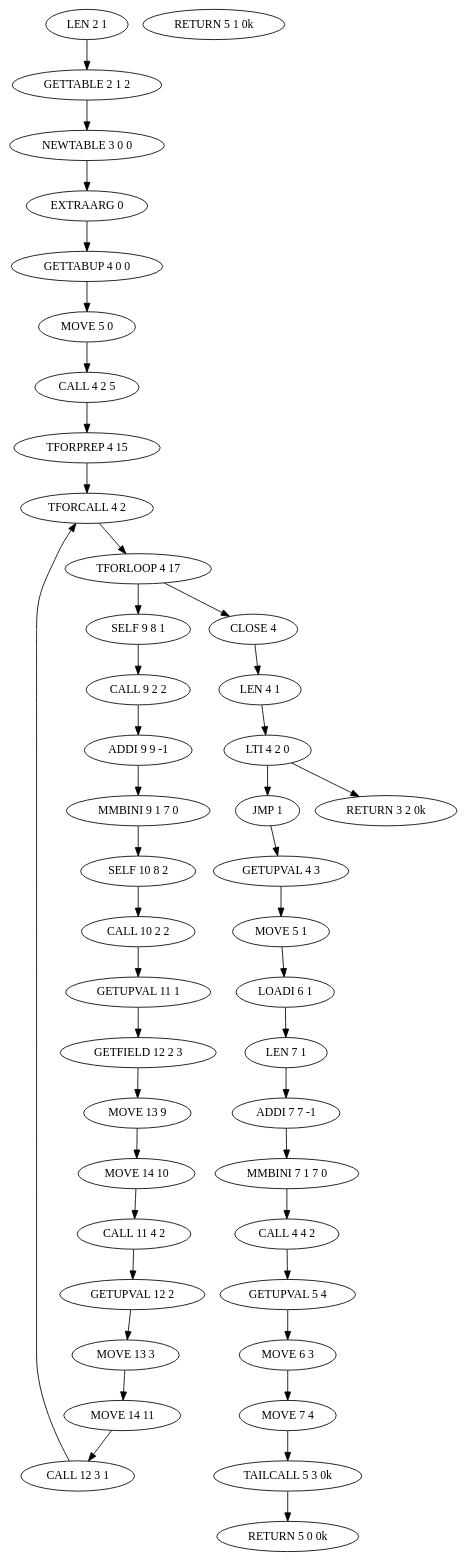
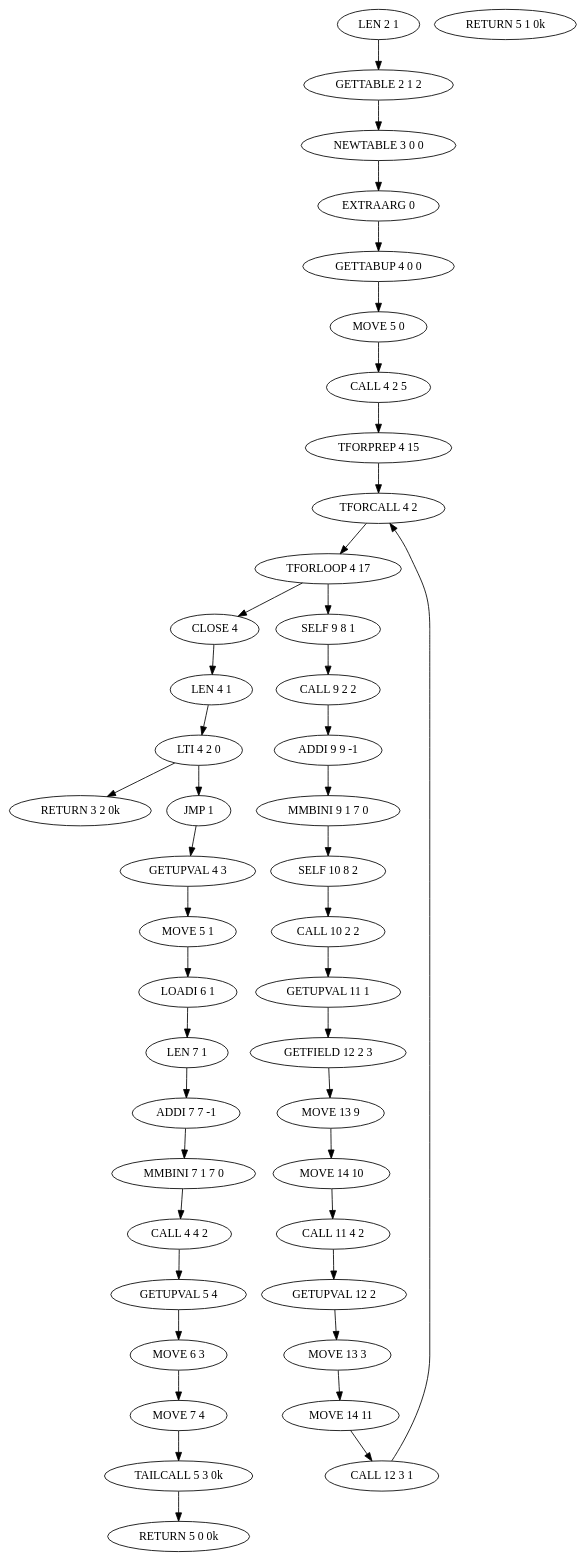
The diagram in output/dot/test.lua.3.dot (martin-eden/Lua-Callgraph), drawn with Graphviz before and after one commit. The commit also changed 7 other files, not shown here.

```diff
--- a/output/dot/test.lua.3.dot
+++ b/output/dot/test.lua.3.dot
@@ -1,54 +1,57 @@
 strict digraph "test.lua.3"
 {
+  "01" -> "02" -> "03" -> "04" -> "05" -> "06" ->
+    "07" -> "08" -> "24";
+  "09" -> "10" -> "11" -> "12" -> "13" -> "14" ->
+    "15" -> "16" -> "17" -> "18" -> "19" -> "20" ->
+    "21" -> "22" -> "23" -> "24";
+  "24" -> "25" -> { "09" "26" };
+  "26" -> "27" -> "28" -> { "29" "30" };
+  "29" -> "31" -> "32" -> "33" -> "34" -> "35" ->
+    "36" -> "37" -> "38" -> "39" -> "40" -> "41" ->
+    "42";
+
   "01" [ label = "LEN 2 1" ];
   "02" [ label = "GETTABLE 2 1 2" ];
   "03" [ label = "NEWTABLE 3 0 0" ];
   "04" [ label = "EXTRAARG 0" ];
   "05" [ label = "GETTABUP 4 0 0" ];
   "06" [ label = "MOVE 5 0" ];
   "07" [ label = "CALL 4 2 5" ];
   "08" [ label = "TFORPREP 4 15" ];
   "09" [ label = "SELF 9 8 1" ];
   "10" [ label = "CALL 9 2 2" ];
   "11" [ label = "ADDI 9 9 -1" ];
   "12" [ label = "MMBINI 9 1 7 0" ];
   "13" [ label = "SELF 10 8 2" ];
   "14" [ label = "CALL 10 2 2" ];
   "15" [ label = "GETUPVAL 11 1" ];
   "16" [ label = "GETFIELD 12 2 3" ];
   "17" [ label = "MOVE 13 9" ];
   "18" [ label = "MOVE 14 10" ];
   "19" [ label = "CALL 11 4 2" ];
   "20" [ label = "GETUPVAL 12 2" ];
   "21" [ label = "MOVE 13 3" ];
   "22" [ label = "MOVE 14 11" ];
   "23" [ label = "CALL 12 3 1" ];
   "24" [ label = "TFORCALL 4 2" ];
   "25" [ label = "TFORLOOP 4 17" ];
   "26" [ label = "CLOSE 4" ];
   "27" [ label = "LEN 4 1" ];
   "28" [ label = "LTI 4 2 0" ];
   "29" [ label = "JMP 1" ];
   "30" [ label = "RETURN 3 2 0k" ];
   "31" [ label = "GETUPVAL 4 3" ];
   "32" [ label = "MOVE 5 1" ];
   "33" [ label = "LOADI 6 1" ];
   "34" [ label = "LEN 7 1" ];
   "35" [ label = "ADDI 7 7 -1" ];
   "36" [ label = "MMBINI 7 1 7 0" ];
   "37" [ label = "CALL 4 4 2" ];
   "38" [ label = "GETUPVAL 5 4" ];
   "39" [ label = "MOVE 6 3" ];
   "40" [ label = "MOVE 7 4" ];
   "41" [ label = "TAILCALL 5 3 0k" ];
   "42" [ label = "RETURN 5 0 0k" ];
   "43" [ label = "RETURN 5 1 0k" ];
-
-  "01" -> "02" -> "03" -> "04" -> "05" -> "06" -> "07" -> "08" -> "24";
-  "09" -> "10" -> "11" -> "12" -> "13" -> "14" -> "15" -> "16" -> "17" -> "18" -> "19" -> "20" -> "21" -> "22" -> "23" -> "24" -> "25";
-  "25" -> { "26" "09" };
-  "26" -> "27" -> "28";
-  "28" -> { "29" "30" };
-  "29" -> "31";
-  "31" -> "32" -> "33" -> "34" -> "35" -> "36" -> "37" -> "38" -> "39" -> "40" -> "41" -> "42";
 }
```
